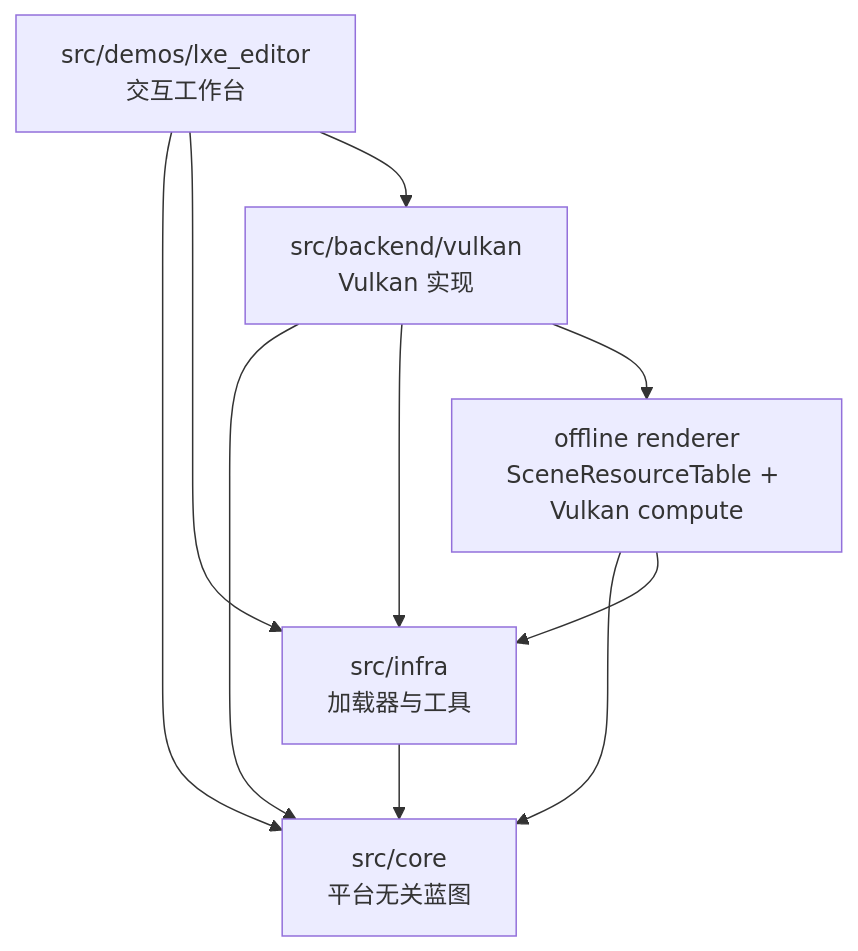
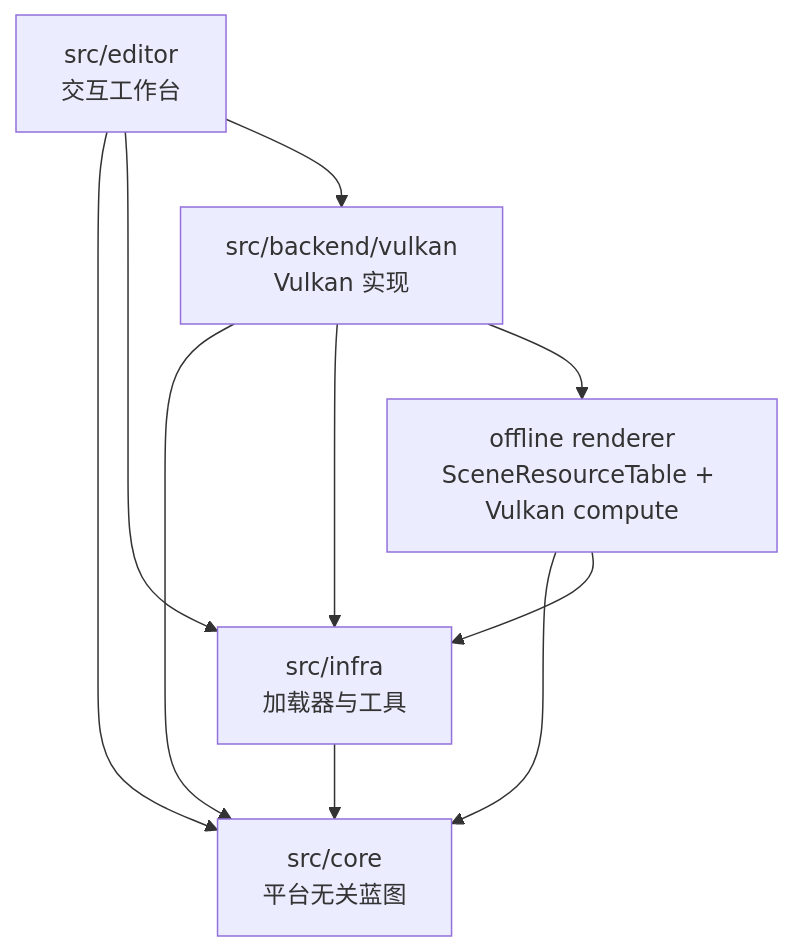
The first of 5 diagrams in notes/concepts-design/architecture.md (crackhopper/LXEngine), drawn with Mermaid before and after one commit. The commit also changed other lines of this file and 170 other files, not shown here.

````diff
--- a/notes/concepts-design/architecture.md
+++ b/notes/concepts-design/architecture.md
@@ -15,18 +15,18 @@
 ```mermaid
 flowchart TD
     core["src/core\n平台无关蓝图"]
     infra["src/infra\n加载器与工具"]
     backend["src/backend/vulkan\nVulkan 实现"]
     offline["offline renderer\nSceneResourceTable + Vulkan compute"]
-    editor["src/demos/lxe_editor\n交互工作台"]
+    editor["src/editor\n交互工作台"]
 
     infra --> core
     backend --> core
     backend --> infra
     offline --> core
     offline --> infra
     backend --> offline
     editor --> core
     editor --> infra
     editor --> backend
 ```
````
